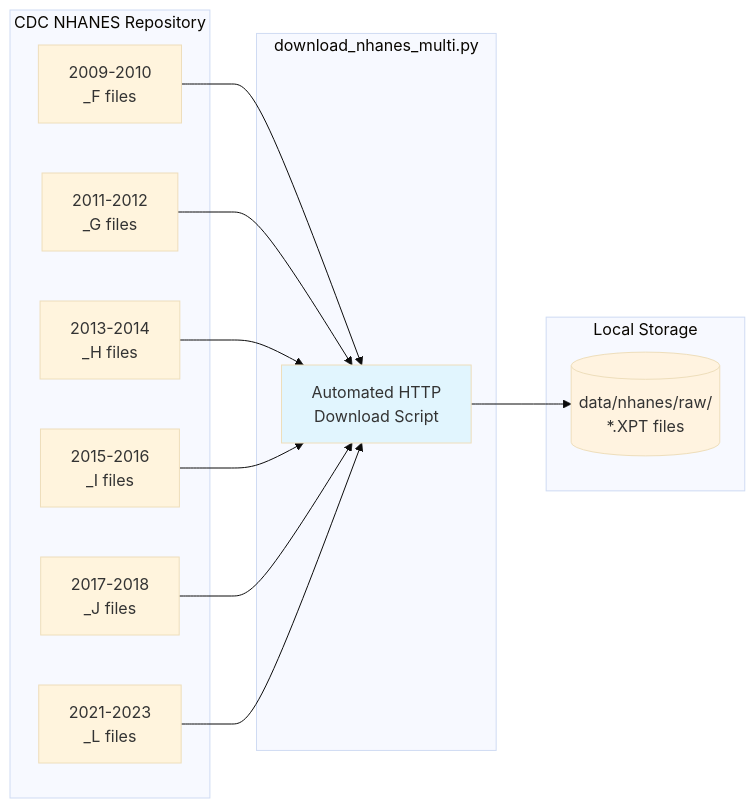
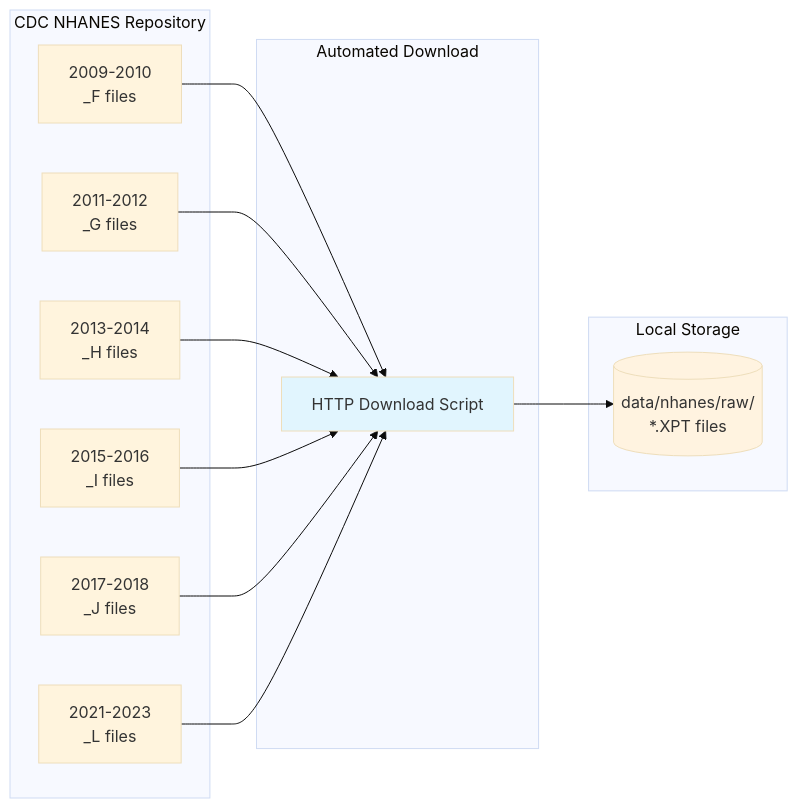
The first of 4 diagrams in METHODOLOGY.md (Skufu/DianaV2), drawn with Mermaid (base theme) before and after one commit. The commit also changed other lines of this file and 9 other files, not shown here.

````diff
--- a/METHODOLOGY.md
+++ b/METHODOLOGY.md
@@ -54,30 +58,30 @@
 ```mermaid
 flowchart LR
     subgraph CDC["CDC NHANES Repository"]
         A1[2009-2010<br/>_F files]
         A2[2011-2012<br/>_G files]
         A3[2013-2014<br/>_H files]
         A4[2015-2016<br/>_I files]
         A5[2017-2018<br/>_J files]
         A6[2021-2023<br/>_L files]
     end
 
-    subgraph Download["download_nhanes_multi.py"]
-        B[Automated HTTP<br/>Download Script]
+    subgraph Download["Automated Download"]
+        B[HTTP Download Script]
     end
 
     subgraph Storage["Local Storage"]
         C[(data/nhanes/raw/<br/>*.XPT files)]
     end
 
     A1 --> B
     A2 --> B
     A3 --> B
     A4 --> B
     A5 --> B
     A6 --> B
     B --> C
 
     style B fill:#e1f5fe
     style C fill:#fff3e0
 ```
````
